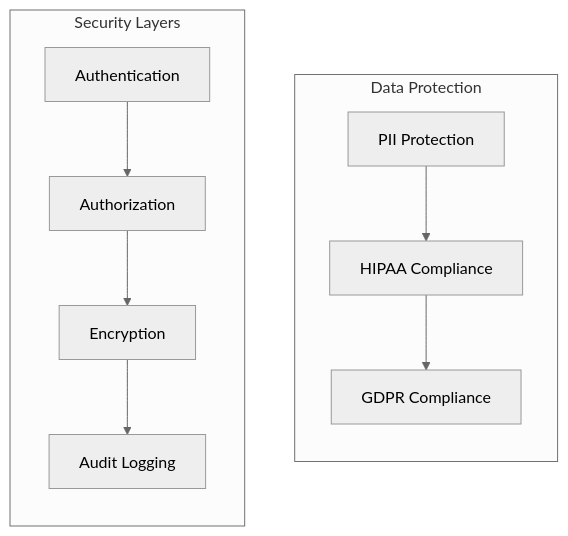
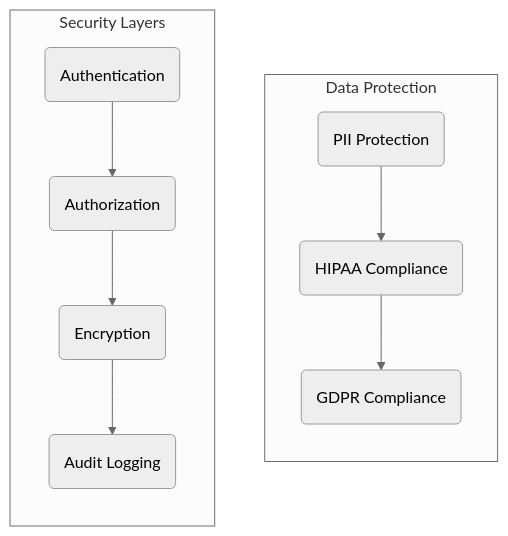
The third of 4 diagrams in architecture.md (matthewswogger/family-med-nanny), drawn with Mermaid before and after one commit. The commit also changed other lines of this file and 8 other files, not shown here.

````diff
--- a/architecture.md
+++ b/architecture.md
@@ -102,26 +102,19 @@
 ```mermaid
 ---
 config:
   theme: neutral
 ---
 flowchart TB
     subgraph "Data Protection"
-        PII[PII Protection]
-        HIPAA[HIPAA Compliance]
-        GDPR[GDPR Compliance]
         direction TB
-        PII-->HIPAA
-        HIPAA-->GDPR
+        PII(PII Protection)-->HIPAA(HIPAA Compliance)
+        HIPAA-->GDPR(GDPR Compliance)
     end
 
     subgraph "Security Layers"
-        Auth[Authentication]
-        Authz[Authorization]
-        Encrypt[Encryption]
-        Audit[Audit Logging]
         direction TB
-        Auth-->Authz
-        Authz-->Encrypt
-        Encrypt-->Audit
+        Auth(Authentication)-->Authz(Authorization)
+        Authz-->Encrypt(Encryption)
+        Encrypt-->Audit(Audit Logging)
     end
 ```
````
